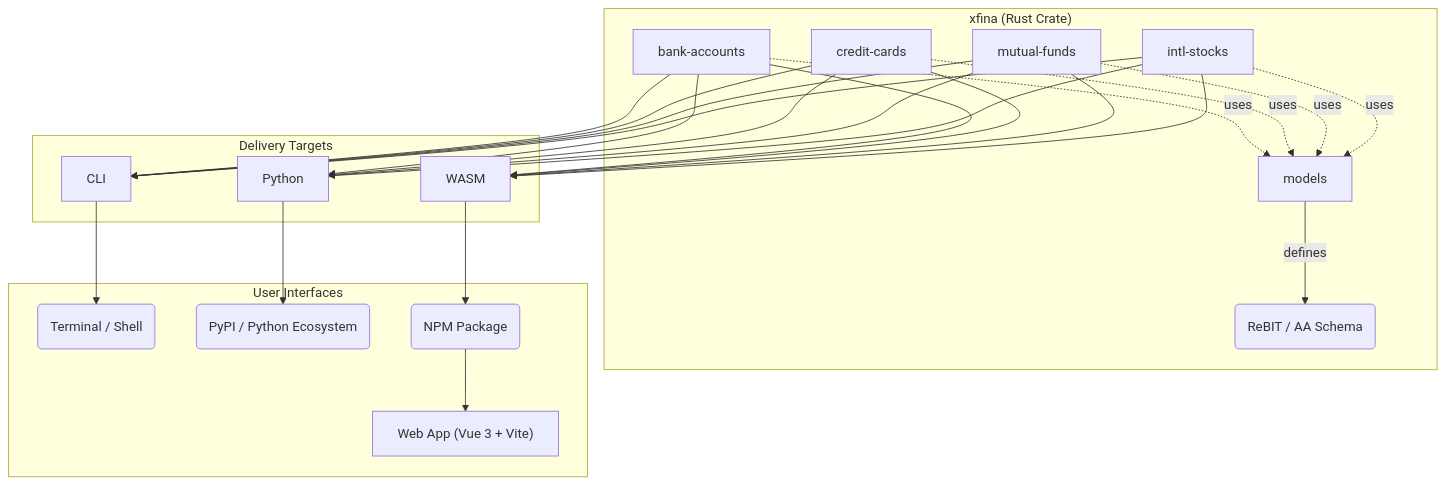
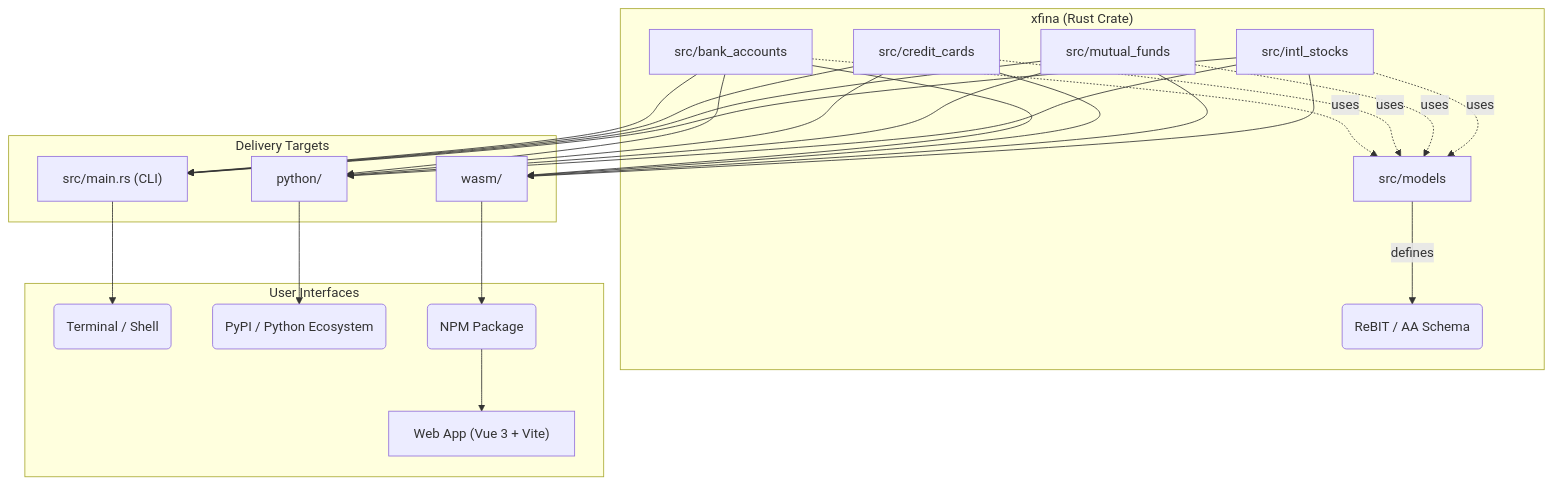
One commit to sakthipriyan/xfina changed the diagram in README.md. Above: the diagram before and after it, drawn with Mermaid. The commit also changed other lines of this file, not shown here.

First line of the commit message:
docs: update architecture diagram and directory tree in README (#27)

````diff
--- a/README.md
+++ b/README.md
@@ -72,37 +72,37 @@
 ```mermaid
 graph TD
     %% Core Library Layer
     subgraph Core Library ["xfina (Rust Crate)"]
-        A[models] -->|defines| B(ReBIT / AA Schema)
-        C[bank-accounts] -.->|uses| A
-        D[credit-cards] -.->|uses| A
-        E[mutual-funds] -.->|uses| A
-        F[intl-stocks] -.->|uses| A
+        A[src/models] -->|defines| B(ReBIT / AA Schema)
+        C[src/bank_accounts] -.->|uses| A
+        D[src/credit_cards] -.->|uses| A
+        E[src/mutual_funds] -.->|uses| A
+        F[src/intl_stocks] -.->|uses| A
     end
 
     %% Bindings & Delivery Layer
     subgraph Targets ["Delivery Targets"]
-        C --> G[CLI]
+        C --> G["src/main.rs (CLI)"]
         D --> G
         E --> G
         F --> G
 
-        C --> H[WASM]
+        C --> H[wasm/]
         D --> H
         E --> H
         F --> H
 
-        C --> I[Python]
+        C --> I[python/]
         D --> I
         E --> I
         F --> I
     end
 
     %% UI Layer
     subgraph Interfaces ["User Interfaces"]
         G --> J(Terminal / Shell)
         I --> K(PyPI / Python Ecosystem)
         H --> L(NPM Package)
         L --> M["Web App (Vue 3 + Vite)"]
     end
 ```
````
